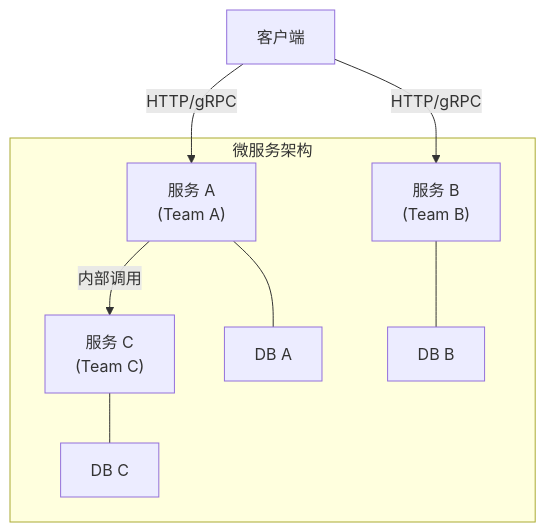
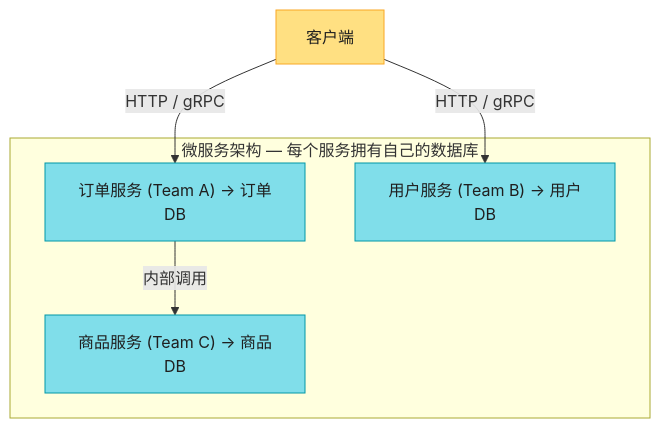
One commit to socoo123/ddia_2nd changed diagram 11 of 14 in ch01-数据系统架构的权衡取舍.md. Above: the diagram before and after it, drawn with Mermaid. The commit also changed other lines of this file and 8 other files, not shown here.

First line of the commit message:
重写 ch01-ch09 读书笔记：风格统一 + 内容扩充 + 大量图表

````diff
--- a/ch01-数据系统架构的权衡取舍.md
+++ b/ch01-数据系统架构的权衡取舍.md
@@ -332,22 +443,19 @@
 ```mermaid
-graph TB
-    Client["客户端"]
+flowchart TB
+    CLIENT["客户端"]
 
-    subgraph Microservices["微服务架构"]
-        SVC_A["服务 A<br/>(Team A)"]
-        SVC_B["服务 B<br/>(Team B)"]
-        SVC_C["服务 C<br/>(Team C)"]
-
-        DB_A["DB A"]
-        DB_B["DB B"]
-        DB_C["DB C"]
+    subgraph MS["微服务架构 — 每个服务拥有自己的数据库"]
+        SA["订单服务 (Team A) → 订单DB"]
+        SB["用户服务 (Team B) → 用户DB"]
+        SC["商品服务 (Team C) → 商品DB"]
     end
 
-    Client -->|"HTTP/gRPC"| SVC_A
-    Client -->|"HTTP/gRPC"| SVC_B
-    SVC_A -->|"内部调用"| SVC_C
+    CLIENT -->|"HTTP / gRPC"| SA
+    CLIENT -->|"HTTP / gRPC"| SB
+    SA -->|"内部调用"| SC
 
-    SVC_A --- DB_A
-    SVC_B --- DB_B
-    SVC_C --- DB_C
+    style CLIENT fill:#FFE082,stroke:#F9A825,color:#1f1f1f
+    style SA fill:#80DEEA,stroke:#0097A7,color:#1f1f1f
+    style SB fill:#80DEEA,stroke:#0097A7,color:#1f1f1f
+    style SC fill:#80DEEA,stroke:#0097A7,color:#1f1f1f
 ```
````
